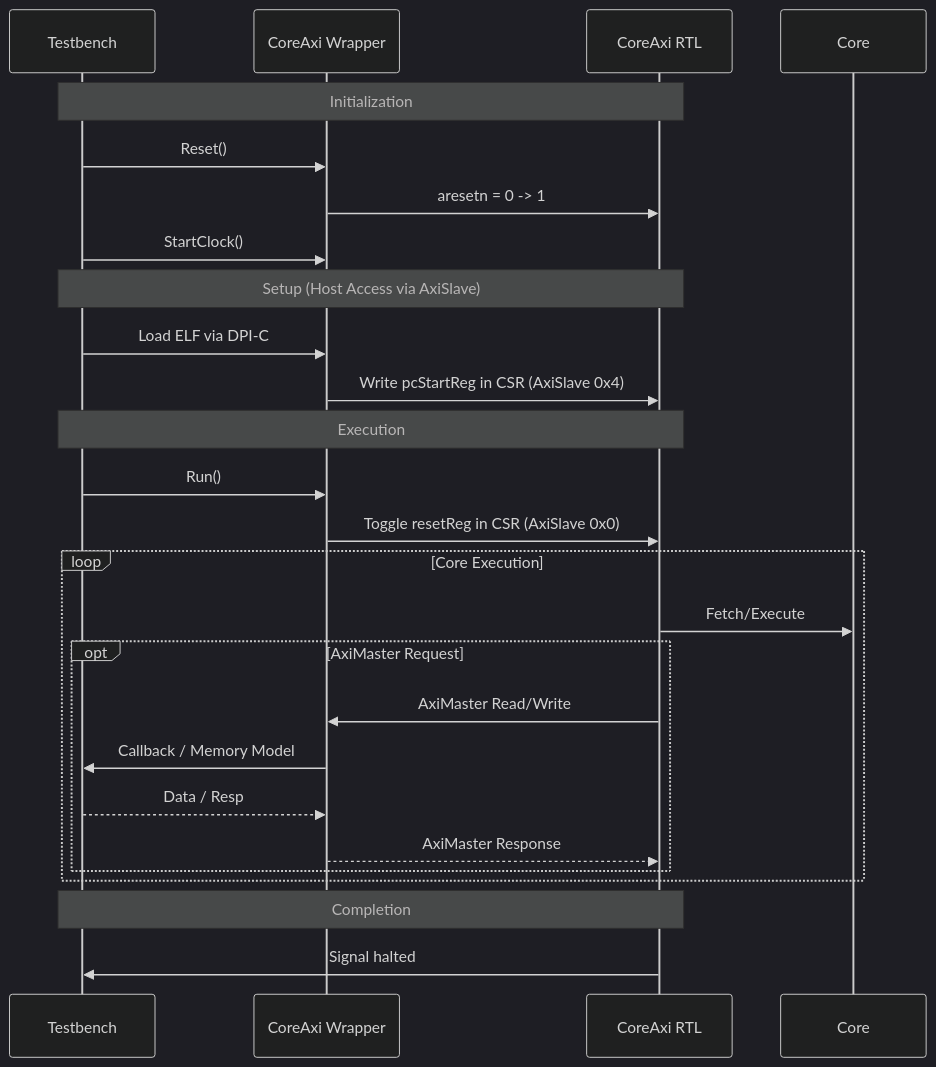
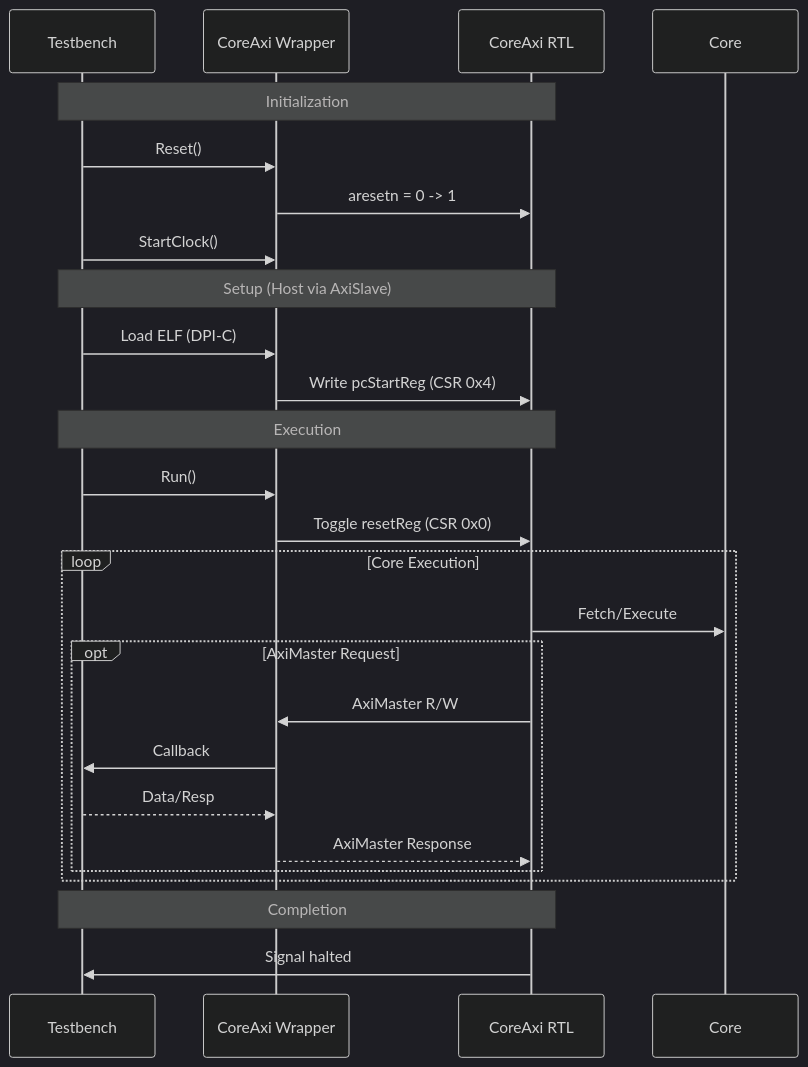
The second of 3 diagrams in doc/verification.md (julianmb-g/coralnpu), drawn with Mermaid (dark theme) before and after one commit. The commit also changed other lines of this file and 100 other files, not shown here.

````diff
--- a/doc/verification.md
+++ b/doc/verification.md
@@ -116,32 +86,32 @@
 ```mermaid
 sequenceDiagram
     participant TB as Testbench
     participant Wrapper as CoreAxi Wrapper
     participant RTL as CoreAxi RTL
 
     Note over TB, RTL: Initialization
     TB->>Wrapper: Reset()
     Wrapper->>RTL: aresetn = 0 -> 1
     TB->>Wrapper: StartClock()
 
-    Note over TB, RTL: Setup (Host Access via AxiSlave)
-    TB->>Wrapper: Load ELF via DPI-C
-    Wrapper->>RTL: Write pcStartReg in CSR (AxiSlave 0x4)
+    Note over TB, RTL: Setup (Host via AxiSlave)
+    TB->>Wrapper: Load ELF (DPI-C)
+    Wrapper->>RTL: Write pcStartReg (CSR 0x4)
 
     Note over TB, RTL: Execution
     TB->>Wrapper: Run()
-    Wrapper->>RTL: Toggle resetReg in CSR (AxiSlave 0x0)
+    Wrapper->>RTL: Toggle resetReg (CSR 0x0)
 
     loop Core Execution
         RTL->>Core: Fetch/Execute
         opt AxiMaster Request
-            RTL->>Wrapper: AxiMaster Read/Write
-            Wrapper->>TB: Callback / Memory Model
-            TB-->>Wrapper: Data / Resp
+            RTL->>Wrapper: AxiMaster R/W
+            Wrapper->>TB: Callback
+            TB-->>Wrapper: Data/Resp
             Wrapper-->>RTL: AxiMaster Response
         end
     end
 
     Note over TB, RTL: Completion
     RTL->>TB: Signal halted
 ```
````
